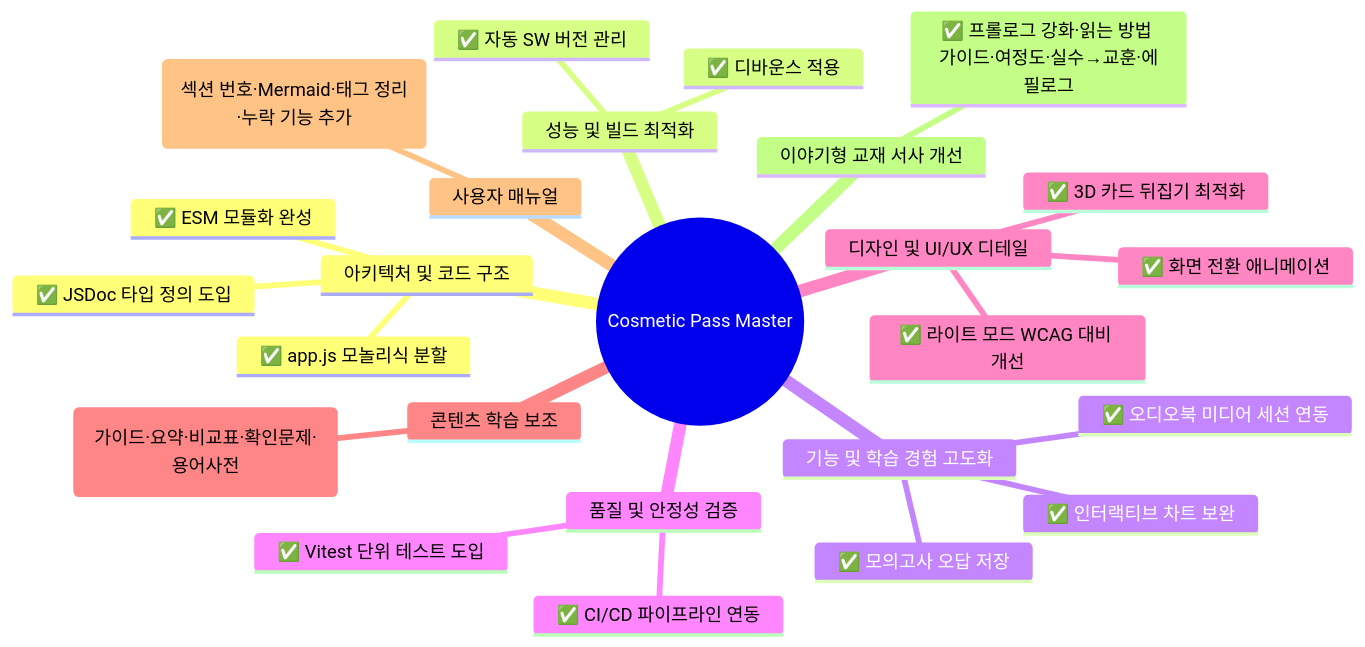
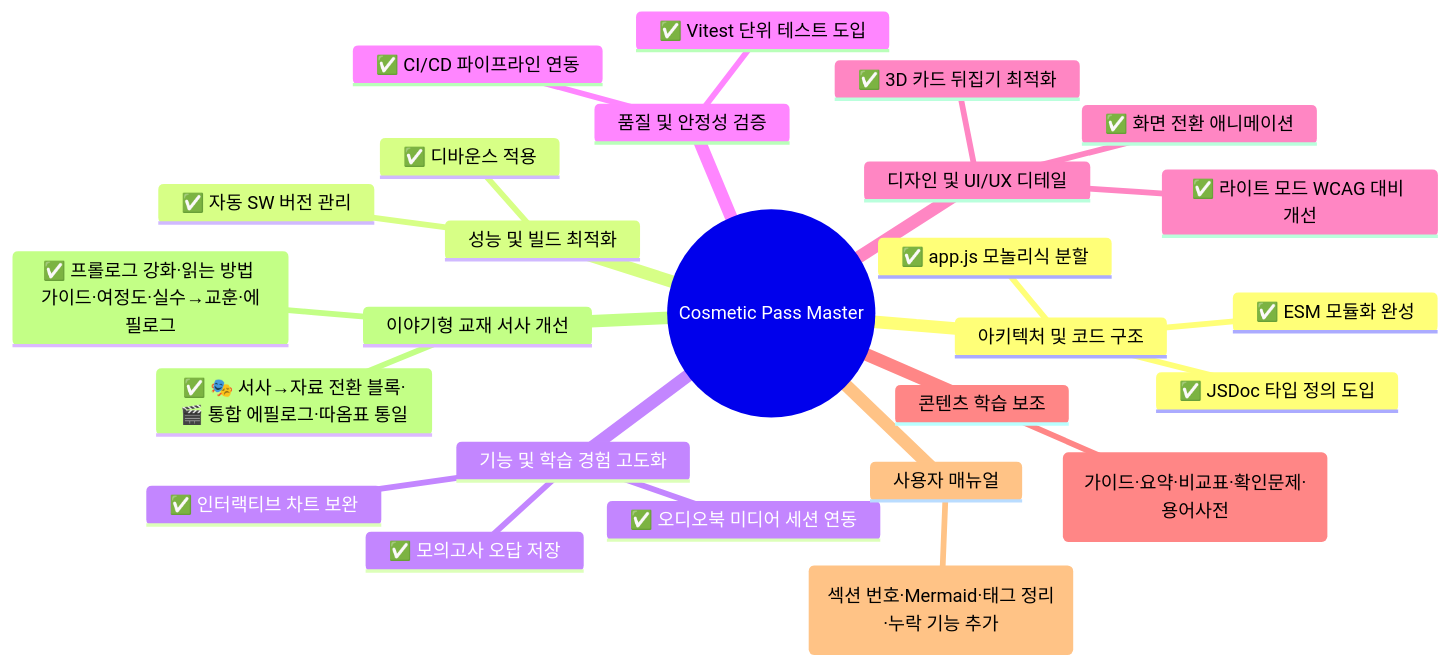
Before and after one commit to skygoldlee-cyber/Personalized_Skincare: the diagram in docs/dev/IMPROVEMENTS_REPORT.md, drawn with Mermaid. The commit also changed other lines of this file and 8 other files, not shown here.

````diff
--- a/docs/dev/IMPROVEMENTS_REPORT.md
+++ b/docs/dev/IMPROVEMENTS_REPORT.md
@@ -25,28 +25,29 @@
 ```mermaid
 mindmap
   root((Cosmetic Pass Master))
     아키텍처 및 코드 구조
       ✅ app.js 모놀리식 분할
       ✅ ESM 모듈화 완성
       ✅ JSDoc 타입 정의 도입
     성능 및 빌드 최적화
       ✅ 디바운스 적용
       ✅ 자동 SW 버전 관리
     기능 및 학습 경험 고도화
       ✅ 모의고사 오답 저장
       ✅ 오디오북 미디어 세션 연동
       ✅ 인터랙티브 차트 보완
     품질 및 안정성 검증
       ✅ Vitest 단위 테스트 도입
       ✅ CI/CD 파이프라인 연동
     디자인 및 UI/UX 디테일
       ✅ 화면 전환 애니메이션
       ✅ 3D 카드 뒤집기 최적화
       ✅ 라이트 모드 WCAG 대비 개선
     콘텐츠 학습 보조
       ✅ 5대 학습 보조 개선 (가이드·요약·비교표·확인문제·용어사전)
     사용자 매뉴얼
       ✅ 전면 재정리 (섹션 번호·Mermaid·태그 정리·누락 기능 추가)
     이야기형 교재 서사 개선
       ✅ 프롤로그 강화·읽는 방법 가이드·여정도·실수→교훈·에필로그
+      ✅ 🎭 서사→자료 전환 블록·🎬 통합 에필로그·따옴표 통일
 ```
````
